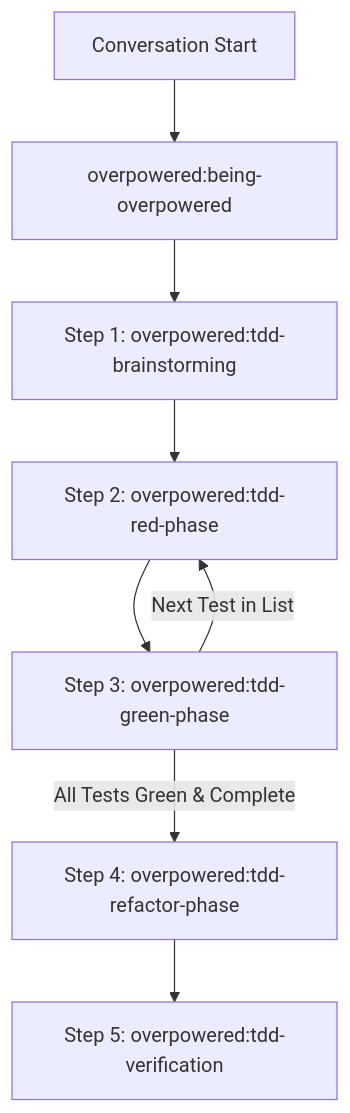
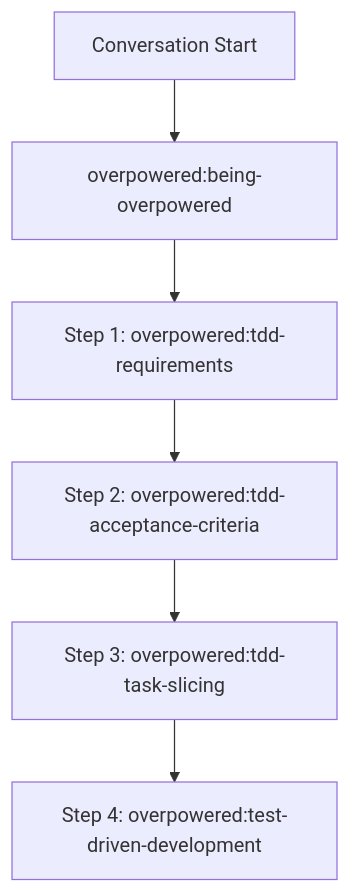
The diagram in skills/being-overpowered/SKILL.md (harald-lang/superpowers), drawn with Mermaid before and after one commit. The commit also changed other lines of this file and 9 other files, not shown here.

Commit message:
feat: restructure skills with interactive analysis phase and restore monolithic TDD

````diff
--- a/skills/being-overpowered/SKILL.md
+++ b/skills/being-overpowered/SKILL.md
@@ -24,10 +24,8 @@
 ```mermaid
 graph TD
     Start[Conversation Start] --> UOP[overpowered:being-overpowered]
-    UOP --> Step1[Step 1: overpowered:tdd-brainstorming]
-    Step1 --> Step2[Step 2: overpowered:tdd-red-phase]
-    Step2 --> Step3[Step 3: overpowered:tdd-green-phase]
-    Step3 --> |Next Test in List| Step2
-    Step3 --> |All Tests Green & Complete| Step4[Step 4: overpowered:tdd-refactor-phase]
-    Step4 --> Step5[Step 5: overpowered:tdd-verification]
+    UOP --> Step1[Step 1: overpowered:tdd-requirements]
+    Step1 --> Step2[Step 2: overpowered:tdd-acceptance-criteria]
+    Step2 --> Step3[Step 3: overpowered:tdd-task-slicing]
+    Step3 --> Step4[Step 4: overpowered:test-driven-development]
 ```
````
